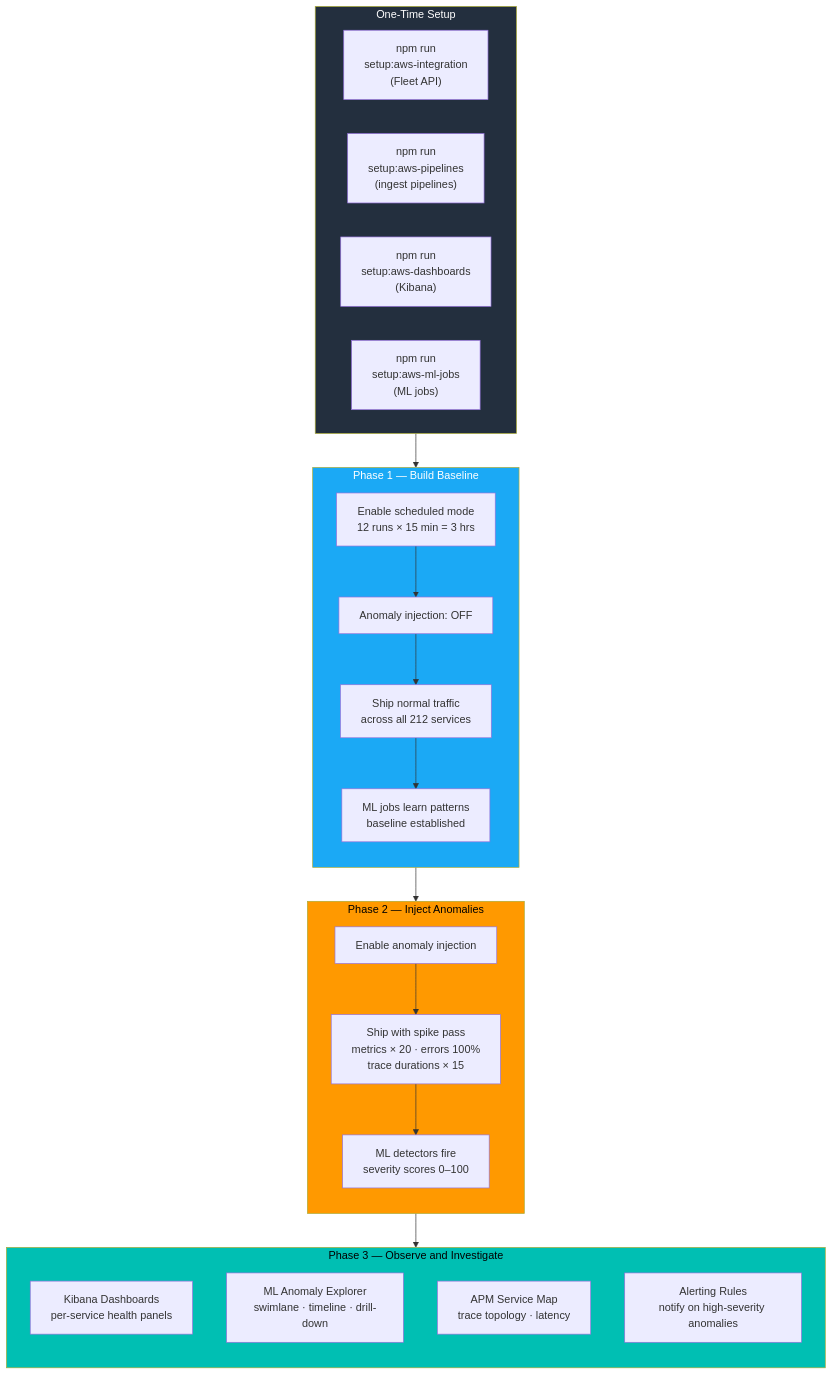
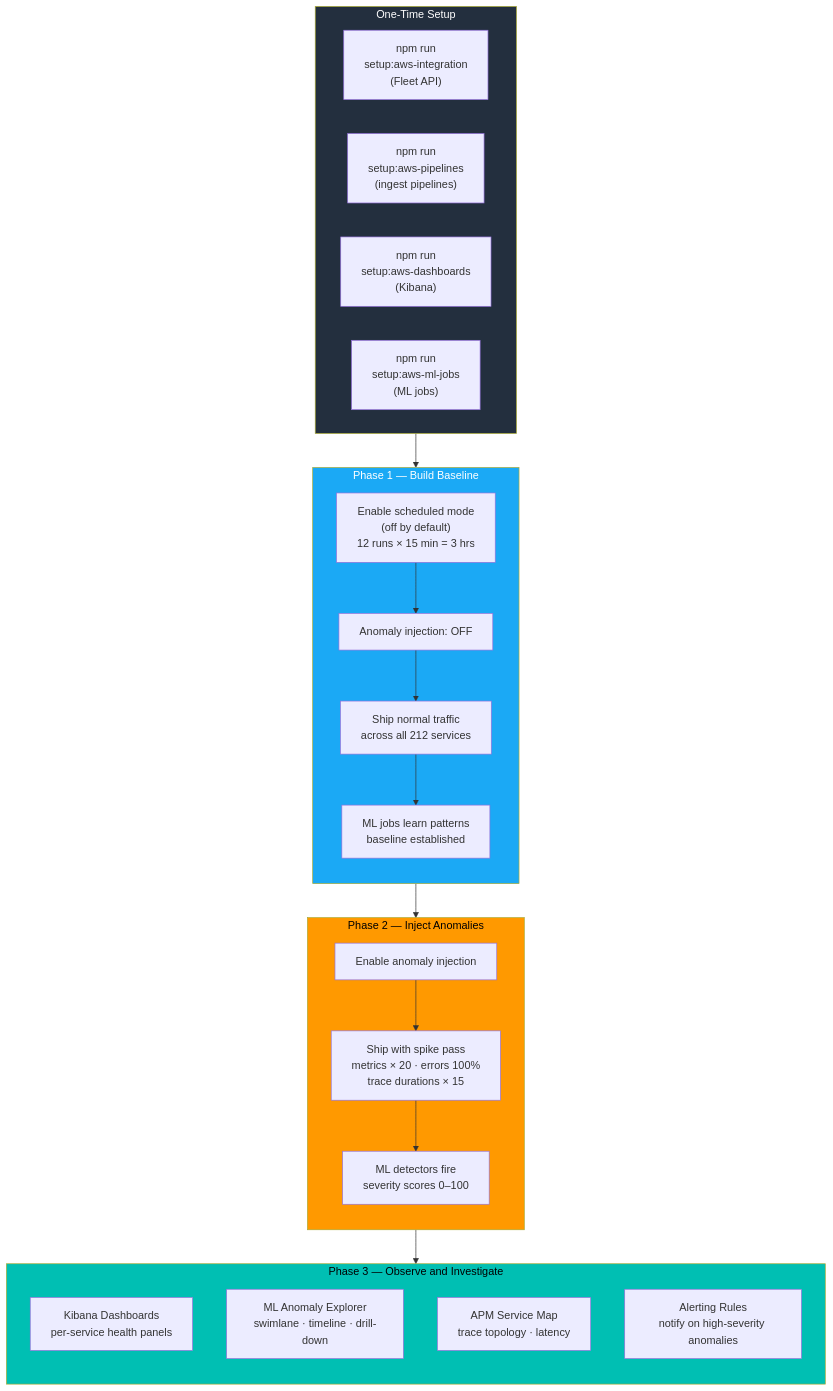
One commit to rkernutt/cloud-to-elastic-load-generator changed diagram 14 of 14 in docs/diagrams.md. Above: the diagram before and after it, drawn with Mermaid. The commit also changed other lines of this file and 1112 other files, not shown here.

````diff
--- a/docs/diagrams.md
+++ b/docs/diagrams.md
@@ -818,46 +804,46 @@
 ```mermaid
 flowchart TD
     subgraph SETUP["One-Time Setup"]
         direction LR
         I1["npm run\nsetup:aws-integration\n(Fleet API)"]
         I2["npm run\nsetup:aws-pipelines\n(ingest pipelines)"]
         I3["npm run\nsetup:aws-dashboards\n(Kibana)"]
         I4["npm run\nsetup:aws-ml-jobs\n(ML jobs)"]
     end
 
     SETUP --> BASELINE
 
     subgraph BASELINE["Phase 1 — Build Baseline"]
         direction TB
-        B1["Enable scheduled mode\n12 runs × 15 min = 3 hrs"]
+        B1["Enable scheduled mode\n(off by default)\n12 runs × 15 min = 3 hrs"]
         B2["Anomaly injection: OFF"]
         B3["Ship normal traffic\nacross all 212 services"]
         B4["ML jobs learn patterns\nbaseline established"]
         B1 --> B2 --> B3 --> B4
     end
 
     BASELINE --> SPIKE
 
     subgraph SPIKE["Phase 2 — Inject Anomalies"]
         direction TB
         SP1["Enable anomaly injection"]
         SP2["Ship with spike pass\nmetrics × 20 · errors 100%\ntrace durations × 15"]
         SP3["ML detectors fire\nseverity scores 0–100"]
         SP1 --> SP2 --> SP3
     end
 
     SPIKE --> OBSERVE
 
     subgraph OBSERVE["Phase 3 — Observe and Investigate"]
         direction TB
         O1["Kibana Dashboards\nper-service health panels"]
         O2["ML Anomaly Explorer\nswimlane · timeline · drill-down"]
         O3["APM Service Map\ntrace topology · latency"]
         O4["Alerting Rules\nnotify on high-severity anomalies"]
     end
 
     style SETUP fill:#232F3E,color:#fff
     style BASELINE fill:#1BA9F5,color:#fff
     style SPIKE fill:#FF9900,color:#000
     style OBSERVE fill:#00BFB3,color:#000
 ```
````
